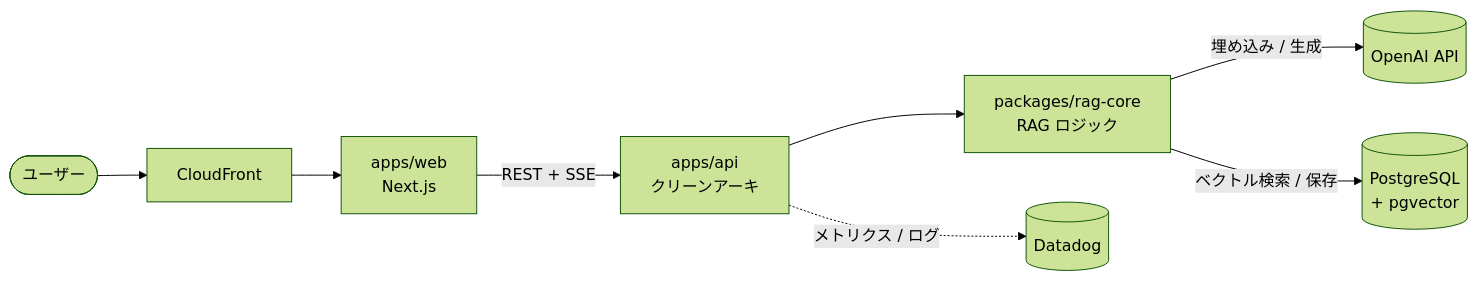
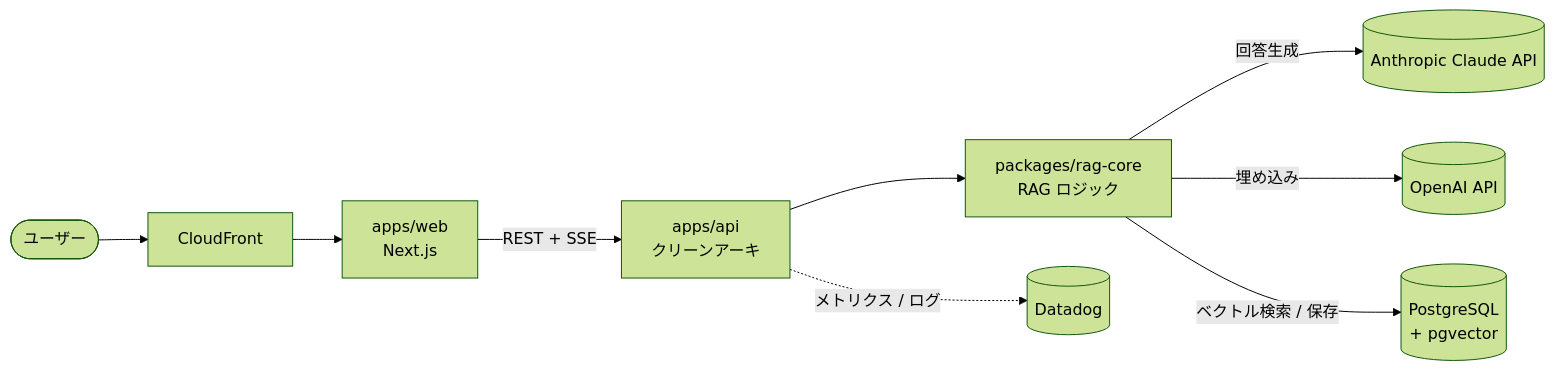
The first of 3 diagrams in README.md (boosun13/medilex), drawn with Mermaid (forest theme) before and after one commit. The commit also changed other lines of this file, not shown here.

First line of the commit message:
docs: switch RAG answer generation to Claude

````diff
--- a/README.md
+++ b/README.md
@@ -52,10 +53,11 @@
 ```mermaid
 flowchart LR
     User([ユーザー]) --> CF[CloudFront]
     CF --> Web["apps/web<br/>Next.js"]
     Web -->|"REST + SSE"| API["apps/api<br/>クリーンアーキ"]
     API --> Core["packages/rag-core<br/>RAG ロジック"]
-    Core -->|"埋め込み / 生成"| OpenAI[(OpenAI API)]
+    Core -->|"回答生成"| Claude[(Anthropic Claude API)]
+    Core -->|"埋め込み"| OpenAI[(OpenAI API)]
     Core -->|"ベクトル検索 / 保存"| PG[("PostgreSQL<br/>+ pgvector")]
     API -.->|"メトリクス / ログ"| DD[(Datadog)]
 ```
````
